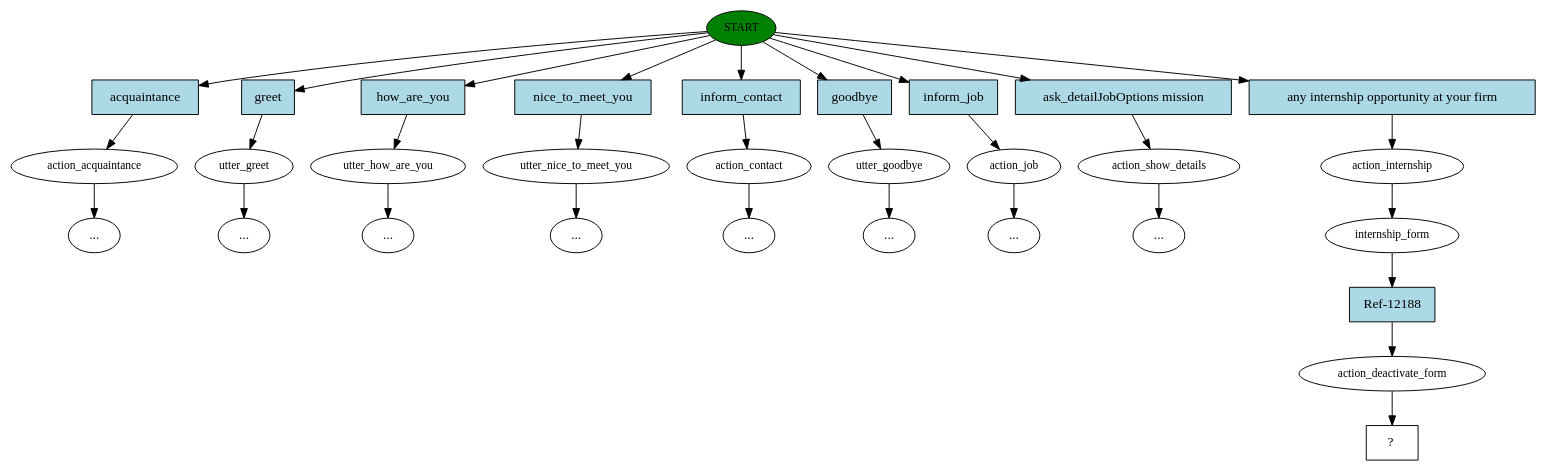
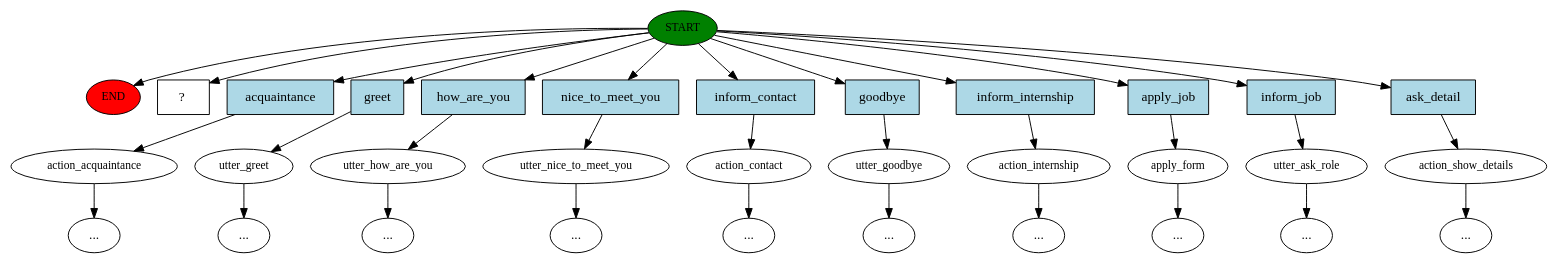
The diagram in story_graph.dot (karimBg/proBot), drawn with Graphviz before and after one commit. The commit also changed 28 other files, not shown here.

```diff
--- a/story_graph.dot
+++ b/story_graph.dot
@@ -1,63 +1,67 @@
 digraph  {
 0 [class="start active", fillcolor=green, fontsize=12, label=START, style=filled];
+"-1" [class=end, fillcolor=red, fontsize=12, label=END, style=filled];
 1 [class="", fontsize=12, label=action_acquaintance];
 "-3" [class=ellipsis, label="..."];
 2 [class="", fontsize=12, label=utter_greet];
 "-4" [class=ellipsis, label="..."];
 3 [class="", fontsize=12, label=utter_how_are_you];
 "-5" [class=ellipsis, label="..."];
 4 [class="", fontsize=12, label=utter_nice_to_meet_you];
 "-6" [class=ellipsis, label="..."];
 5 [class="", fontsize=12, label=action_contact];
 "-7" [class=ellipsis, label="..."];
 6 [class="", fontsize=12, label=utter_goodbye];
 "-8" [class=ellipsis, label="..."];
-7 [class="", fontsize=12, label=action_job];
+7 [class="", fontsize=12, label=action_internship];
 "-9" [class=ellipsis, label="..."];
-8 [class="", fontsize=12, label=action_show_details];
-"-10" [class=ellipsis, label="..."];
-9 [class=active, fontsize=12, label=action_internship];
-10 [class=active, fontsize=12, label=internship_form];
-11 [class=active, fontsize=12, label=action_deactivate_form];
-12 [class="intent dashed active", label="  ?  ", shape=rect];
-13 [class=intent, fillcolor=lightblue, label=acquaintance, shape=rect, style=filled];
-14 [class=intent, fillcolor=lightblue, label=greet, shape=rect, style=filled];
-15 [class=intent, fillcolor=lightblue, label=how_are_you, shape=rect, style=filled];
-16 [class=intent, fillcolor=lightblue, label=nice_to_meet_you, shape=rect, style=filled];
-17 [class=intent, fillcolor=lightblue, label=inform_contact, shape=rect, style=filled];
-18 [class=intent, fillcolor=lightblue, label=goodbye, shape=rect, style=filled];
-19 [class=intent, fillcolor=lightblue, label=inform_job, shape=rect, style=filled];
-20 [class=intent, fillcolor=lightblue, label="ask_detailJobOptions mission", shape=rect, style=filled];
-21 [class="intent active", fillcolor=lightblue, label="any internship opportunity at your firm", shape=rect, style=filled];
-22 [class="intent active", fillcolor=lightblue, label="Ref-12188", shape=rect, style=filled];
-0 -> 13  [class="", key=0];
-0 -> 14  [class="", key=0];
+8 [class="", fontsize=12, label=apply_form];
+"-11" [class=ellipsis, label="..."];
+10 [class="", fontsize=12, label=utter_ask_role];
+12 [class="", fontsize=12, label=action_show_details];
+"-14" [class=ellipsis, label="..."];
+"-15" [class=ellipsis, label="..."];
+14 [class="intent dashed active", label="  ?  ", shape=rect];
+15 [class=intent, fillcolor=lightblue, label=acquaintance, shape=rect, style=filled];
+16 [class=intent, fillcolor=lightblue, label=greet, shape=rect, style=filled];
+17 [class=intent, fillcolor=lightblue, label=how_are_you, shape=rect, style=filled];
+18 [class=intent, fillcolor=lightblue, label=nice_to_meet_you, shape=rect, style=filled];
+19 [class=intent, fillcolor=lightblue, label=inform_contact, shape=rect, style=filled];
+20 [class=intent, fillcolor=lightblue, label=goodbye, shape=rect, style=filled];
+21 [class=intent, fillcolor=lightblue, label=inform_internship, shape=rect, style=filled];
+22 [class=intent, fillcolor=lightblue, label=apply_job, shape=rect, style=filled];
+23 [class=intent, fillcolor=lightblue, label=inform_job, shape=rect, style=filled];
+24 [class=intent, fillcolor=lightblue, label=ask_detail, shape=rect, style=filled];
+0 -> "-1"  [class="", key=NONE, label=""];
+0 -> 14  [class=active, key=NONE, label=""];
 0 -> 15  [class="", key=0];
 0 -> 16  [class="", key=0];
 0 -> 17  [class="", key=0];
 0 -> 18  [class="", key=0];
 0 -> 19  [class="", key=0];
 0 -> 20  [class="", key=0];
-0 -> 21  [class=active, key=0];
+0 -> 21  [class="", key=0];
+0 -> 22  [class="", key=0];
+0 -> 23  [class="", key=0];
+0 -> 24  [class="", key=0];
 1 -> "-3"  [class="", key=NONE, label=""];
 2 -> "-4"  [class="", key=NONE, label=""];
 3 -> "-5"  [class="", key=NONE, label=""];
 4 -> "-6"  [class="", key=NONE, label=""];
 5 -> "-7"  [class="", key=NONE, label=""];
 6 -> "-8"  [class="", key=NONE, label=""];
 7 -> "-9"  [class="", key=NONE, label=""];
-8 -> "-10"  [class="", key=NONE, label=""];
-9 -> 10  [class=active, key=NONE, label=""];
-10 -> 22  [class=active, key=0];
-11 -> 12  [class=active, key=NONE, label=""];
-13 -> 1  [class="", key=0];
-14 -> 2  [class="", key=0];
-15 -> 3  [class="", key=0];
-16 -> 4  [class="", key=0];
-17 -> 5  [class="", key=0];
-18 -> 6  [class="", key=0];
-19 -> 7  [class="", key=0];
-20 -> 8  [class="", key=0];
-21 -> 9  [class=active, key=0];
-22 -> 11  [class=active, key=0];
+8 -> "-11"  [class="", key=NONE, label=""];
+10 -> "-15"  [class="", key=NONE, label=""];
+12 -> "-14"  [class="", key=NONE, label=""];
+15 -> 1  [class="", key=0];
+16 -> 2  [class="", key=0];
+17 -> 3  [class="", key=0];
+18 -> 4  [class="", key=0];
+19 -> 5  [class="", key=0];
+20 -> 6  [class="", key=0];
+21 -> 7  [class="", key=0];
+22 -> 8  [class="", key=0];
+23 -> 10  [class="", key=0];
+24 -> 12  [class="", key=0];
 }
```
